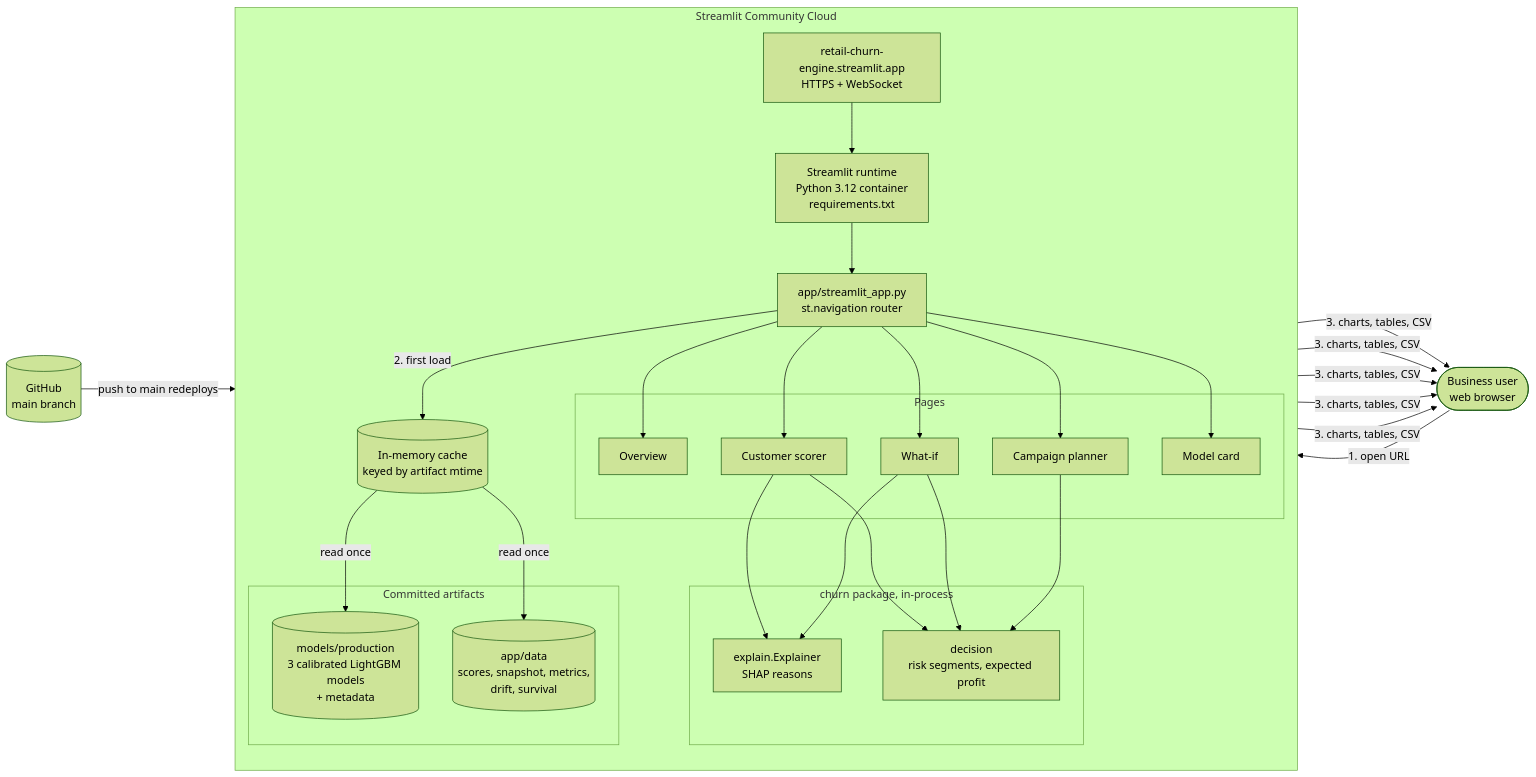
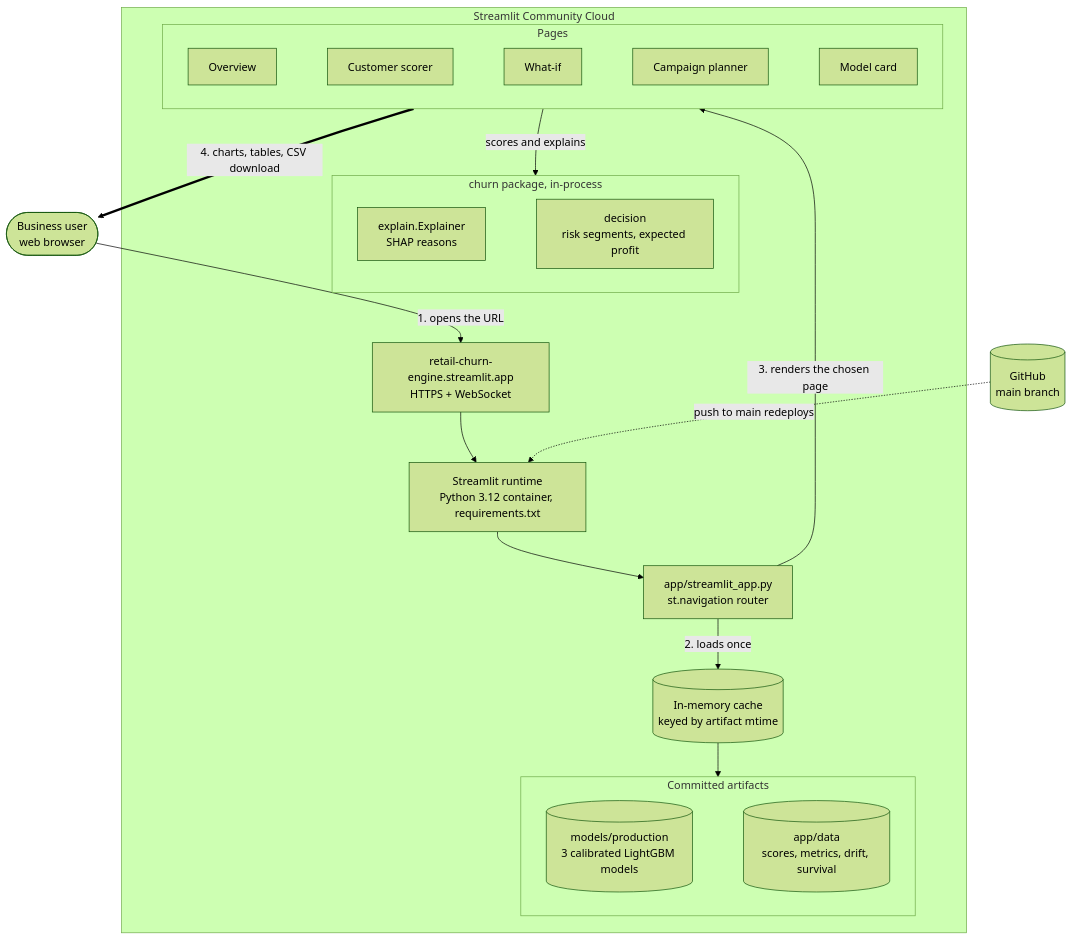
The third of 5 diagrams in README.md (Mrwanawad/Retail-Customer-Churn-Engine-using-LightGBM-SHAP-MLflow-FastAPI-Streamlit), drawn with Mermaid (forest theme) before and after one commit.

Commit message:
README: simplify end-user flow diagram

````diff
--- a/README.md
+++ b/README.md
@@ -184,36 +184,31 @@
 ```mermaid
-flowchart LR
-    U([Business user<br/>web browser])
+flowchart TD
+    U(["Business user<br/>web browser"])
+    GH[("GitHub<br/>main branch")]
+
     subgraph CLOUD["Streamlit Community Cloud"]
-        direction TB
         URL["retail-churn-engine.streamlit.app<br/>HTTPS + WebSocket"]
-        RT["Streamlit runtime<br/>Python 3.12 container<br/>requirements.txt"]
+        RT["Streamlit runtime<br/>Python 3.12 container, requirements.txt"]
         APP["app/streamlit_app.py<br/>st.navigation router"]
         CACHE[("In-memory cache<br/>keyed by artifact mtime")]
         subgraph PAGES["Pages"]
-            P1[Overview]
-            P2[Customer scorer]
-            P3[What-if]
-            P4[Campaign planner]
-            P5[Model card]
+            direction LR
+            P1[Overview] ~~~ P2[Customer scorer] ~~~ P3[What-if] ~~~ P4[Campaign planner] ~~~ P5[Model card]
         end
         subgraph CORE["churn package, in-process"]
-            EX["explain.Explainer<br/>SHAP reasons"]
-            DE["decision<br/>risk segments, expected profit"]
+            direction LR
+            EX["explain.Explainer<br/>SHAP reasons"] ~~~ DE["decision<br/>risk segments, expected profit"]
         end
         subgraph ART["Committed artifacts"]
-            MB[("models/production<br/>3 calibrated LightGBM models<br/>+ metadata")]
-            AD[("app/data<br/>scores, snapshot, metrics,<br/>drift, survival")]
+            direction LR
+            MB[("models/production<br/>3 calibrated LightGBM models")] ~~~ AD[("app/data<br/>scores, metrics, drift, survival")]
         end
     end
-    GH[(GitHub<br/>main branch)]
 
-    U -- "1. open URL" --> URL --> RT --> APP
-    APP -- "2. first load" --> CACHE
-    CACHE -- "read once" --> MB & AD
-    APP --> P1 & P2 & P3 & P4 & P5
-    P2 & P3 --> EX
-    P2 & P3 & P4 --> DE
-    P1 & P2 & P3 & P4 & P5 -- "3. charts, tables, CSV" --> U
-    GH -- "push to main redeploys" --> RT
+    U -- "1. opens the URL" --> URL --> RT --> APP
+    APP -- "2. loads once" --> CACHE --> ART
+    APP -- "3. renders the chosen page" --> PAGES
+    PAGES -- "scores and explains" --> CORE
+    PAGES == "4. charts, tables, CSV download" ==> U
+    GH -. "push to main redeploys" .-> RT
 ```
````
